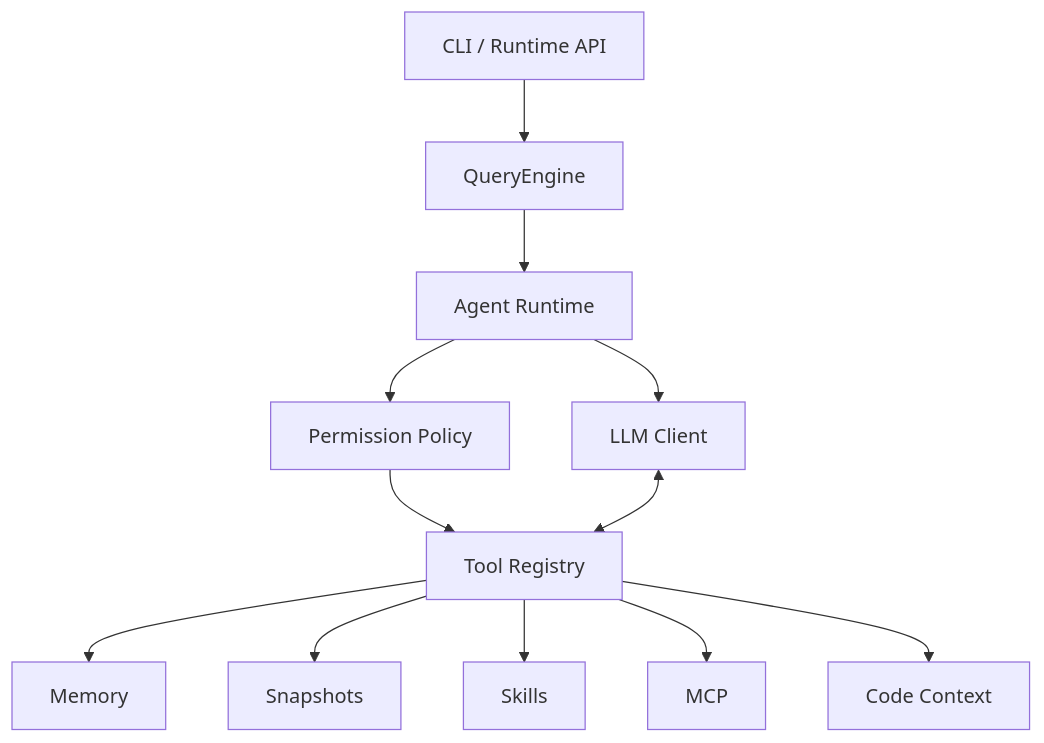
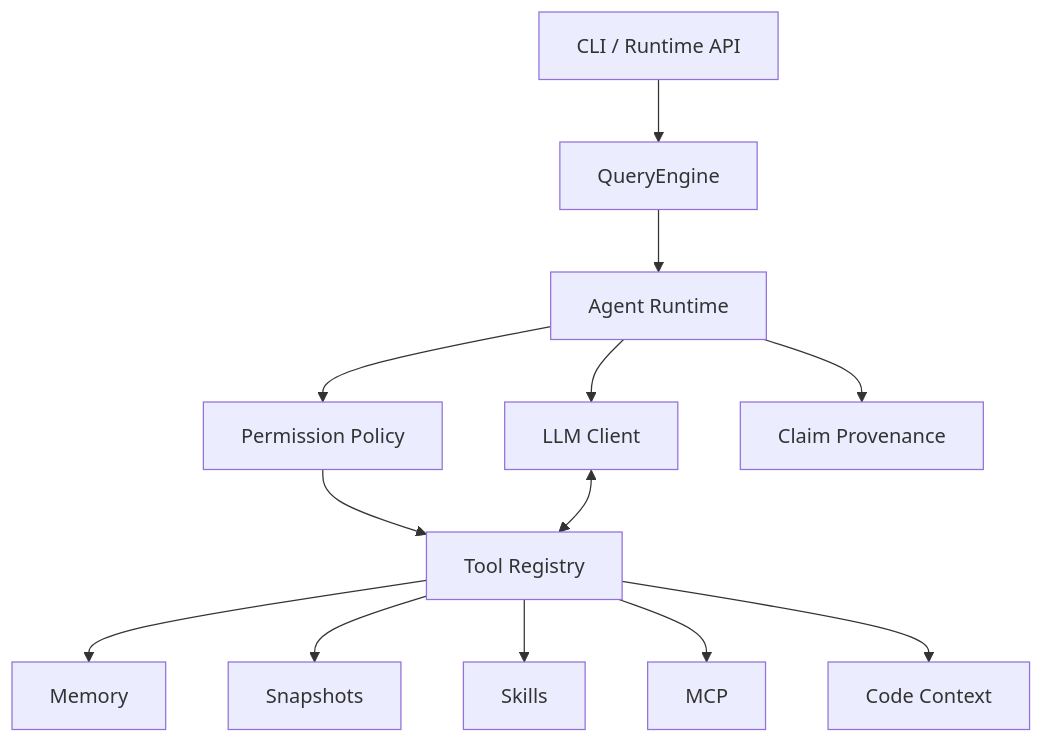
Before and after one commit to ZhangYiFan2003/Agent-Runtime: the diagram in README.md, drawn with Mermaid. The commit also changed other lines of this file and 38 other files, not shown here.

Commit message:
feat(runtime): add claim evidence provenance

````diff
--- a/README.md
+++ b/README.md
@@ -99,14 +102,15 @@
 ```mermaid
 flowchart TD
     A["CLI / Runtime API"] --> B["QueryEngine"]
     B --> C["Agent Runtime"]
     C --> D["LLM Client"]
     C --> P["Permission Policy"]
     P --> E["Tool Registry"]
     D <--> E
     E --> F["Memory"]
     E --> G["Snapshots"]
     E --> H["Skills"]
     E --> I["MCP"]
     E --> J["Code Context"]
+    C --> K["Claim Provenance"]
 ```
````
